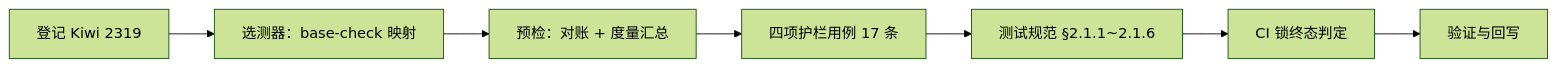
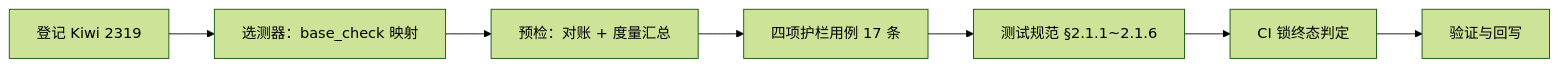
One commit to minjian123/basic-management-system changed the diagram in bms文档/项目/02_后端基座与服务化地基/任务/13_测试执行粒度与工程效能/13_测试执行粒度与工程效能_03_口径固化与机器护栏/实施/01_实施_03_口径固化与机器护栏.md. Above: the diagram before and after it, drawn with Mermaid (forest theme). The commit also changed other lines of this file and 919 other files, not shown here.

````diff
--- a/bms文档/项目/02_后端基座与服务化地基/任务/13_测试执行粒度与工程效能/13_测试执行粒度与工程效能_03_口径固化与机器护栏/实施/01_实施_03_口径固化与机器护栏.md
+++ b/bms文档/项目/02_后端基座与服务化地基/任务/13_测试执行粒度与工程效能/13_测试执行粒度与工程效能_03_口径固化与机器护栏/实施/01_实施_03_口径固化与机器护栏.md
@@ -21,9 +21,9 @@
 ```mermaid
 flowchart LR
-    A[登记 Kiwi 2319] --> B[选测器：base-check 映射]
+    A[登记 Kiwi 2319] --> B[选测器：base_check 映射]
     B --> C[预检：对账 + 度量汇总]
     C --> D[四项护栏用例 17 条]
     D --> E[测试规范 §2.1.1~2.1.6]
     E --> F[CI 锁终态判定]
     F --> G[验证与回写]
 ```
````
